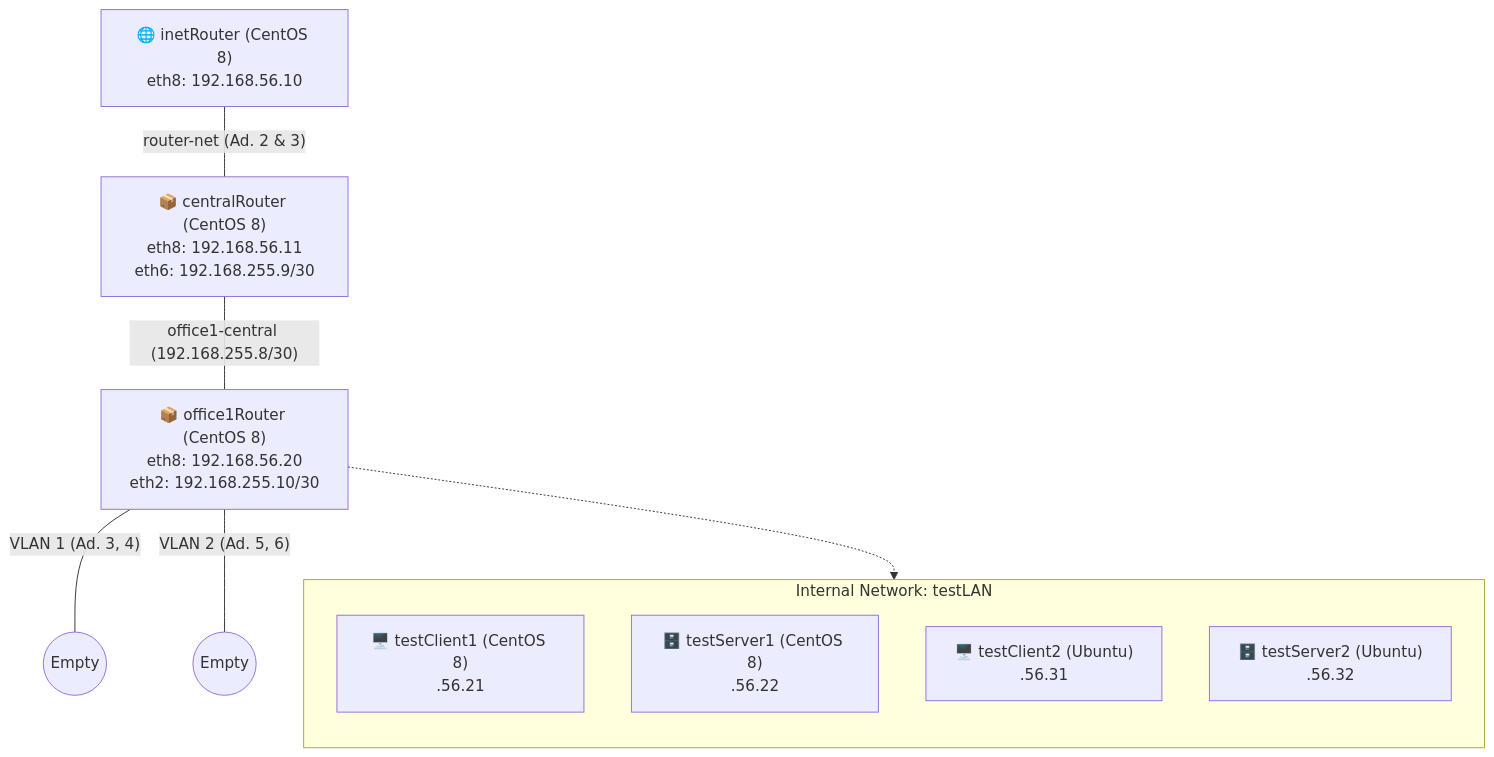
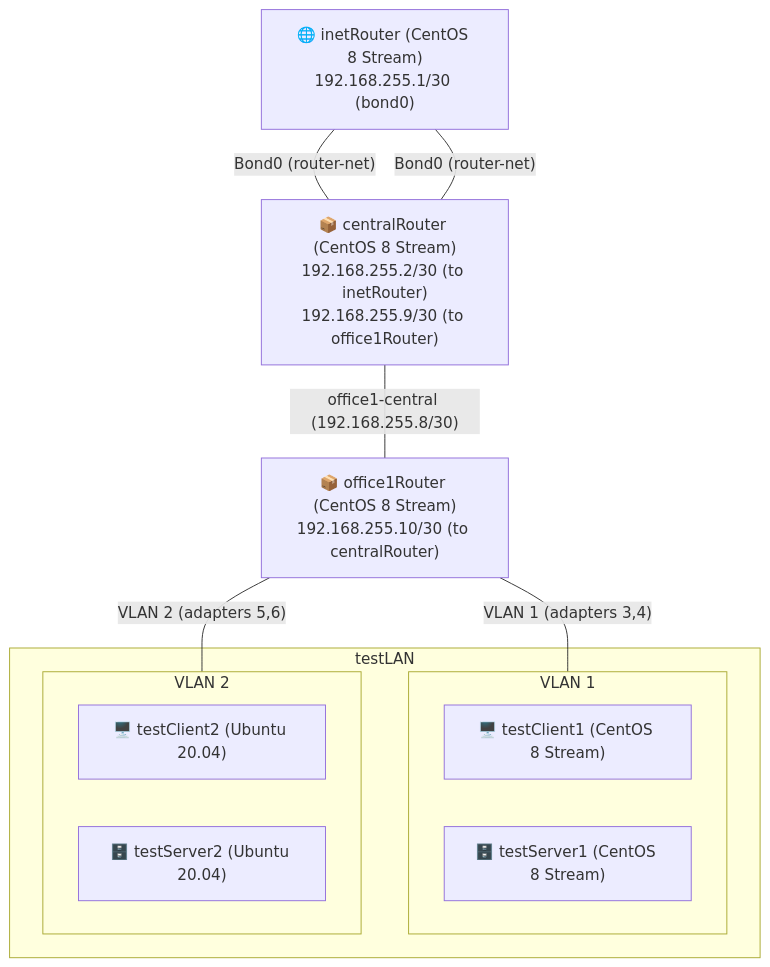
The diagram in 24_Сетевые пакеты and VLAN'ы. and LACP/README.md (mrAlexbody/otus_linux-pro-2025-08), drawn with Mermaid before and after one commit.

Commit message:
HW 24 "VLAN`s and LACP"

````diff
--- a/24_Сетевые пакеты and VLAN'ы. and LACP/README.md
+++ b/24_Сетевые пакеты and VLAN'ы. and LACP/README.md
@@ -36,25 +36,26 @@
 ```mermaid
 graph TD
-    %% Nodes Definition
-    inetRouter["🌐 inetRouter (CentOS 8)<br/>eth8: 192.168.56.10"]
-    centralRouter["📦 centralRouter (CentOS 8)<br/>eth8: 192.168.56.11<br/>eth6: 192.168.255.9/30"]
-    office1Router["📦 office1Router (CentOS 8)<br/>eth8: 192.168.56.20<br/>eth2: 192.168.255.10/30"]
 
-    subgraph testLAN ["Internal Network: testLAN"]
-        direction TB
-        c1["🖥️ testClient1 (CentOS 8)<br/>.56.21"]
-        s1["🗄️ testServer1 (CentOS 8)<br/>.56.22"]
-        c2["🖥️ testClient2 (Ubuntu)<br/>.56.31"]
-        s2["🗄️ testServer2 (Ubuntu)<br/>.56.32"]
+    inetRouter["🌐 inetRouter (CentOS 8 Stream)<br>192.168.255.1/30 (bond0)"]
+    centralRouter["📦 centralRouter (CentOS 8 Stream)<br>192.168.255.2/30 (to inetRouter)<br>192.168.255.9/30 (to office1Router)"]
+    office1Router["📦 office1Router (CentOS 8 Stream)<br>192.168.255.10/30 (to centralRouter)"]
+
+    inetRouter ---|"Bond0 (router-net)"| centralRouter
+    inetRouter ---|"Bond0 (router-net)"| centralRouter
+
+    centralRouter ---|"office1-central (192.168.255.8/30)"| office1Router
+
+    subgraph testLAN ["testLAN"]
+        subgraph vlan1 ["VLAN 1"]
+            testClient1["🖥️ testClient1 (CentOS 8 Stream)"]
+            testServer1["🗄️ testServer1 (CentOS 8 Stream)"]
+        end
+        subgraph vlan2 ["VLAN 2"]
+            testClient2["🖥️ testClient2 (Ubuntu 20.04)"]
+            testServer2["🗄️ testServer2 (Ubuntu 20.04)"]
+        end
     end
 
-    %% Connections
-    inetRouter ---|"router-net (Ad. 2 & 3)"| centralRouter
-    centralRouter ---|"office1-central (192.168.255.8/30)"| office1Router
-    
-    office1Router ---|"VLAN 1 (Ad. 3, 4)"| v1((Empty))
-    office1Router ---|"VLAN 2 (Ad. 5, 6)"| v2((Empty))
-    
-    %% Management Links
-    office1Router -.-> testLAN
+    office1Router ---|"VLAN 1 (adapters 3,4)"| vlan1
+    office1Router ---|"VLAN 2 (adapters 5,6)"| vlan2
 ```
````
